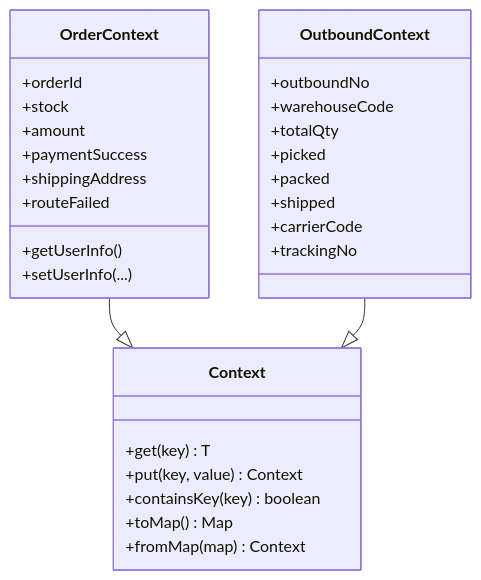
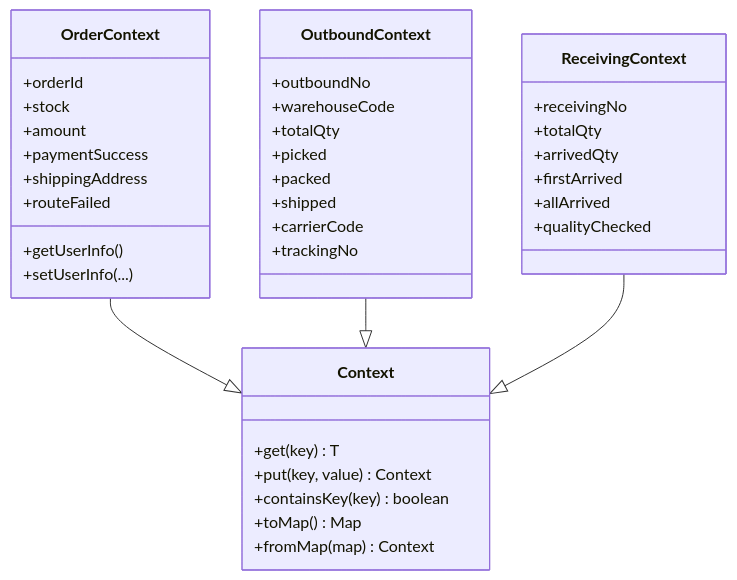
Before and after one commit to xiaoche80s-tech/state-machine-parent: the seventh of 8 diagrams in .qoder/repowiki/zh/content/示例与最佳实践/演示应用详解.md, drawn with Mermaid. The commit also changed other lines of this file and 17 other files, not shown here.

````diff
--- a/.qoder/repowiki/zh/content/示例与最佳实践/演示应用详解.md
+++ b/.qoder/repowiki/zh/content/示例与最佳实践/演示应用详解.md
@@ -299,32 +368,41 @@
 ```mermaid
 classDiagram
 class Context {
 +get(key) T
 +put(key, value) Context
 +containsKey(key) boolean
 +toMap() Map
 +fromMap(map) Context
 }
 class OrderContext {
 +orderId
 +stock
 +amount
 +paymentSuccess
 +shippingAddress
 +routeFailed
 +getUserInfo()
 +setUserInfo(...)
 }
 class OutboundContext {
 +outboundNo
 +warehouseCode
 +totalQty
 +picked
 +packed
 +shipped
 +carrierCode
 +trackingNo
 }
+class ReceivingContext {
++receivingNo
++totalQty
++arrivedQty
++firstArrived
++allArrived
++qualityChecked
+}
 OrderContext --|> Context
 OutboundContext --|> Context
+ReceivingContext --|> Context
 ```
````
